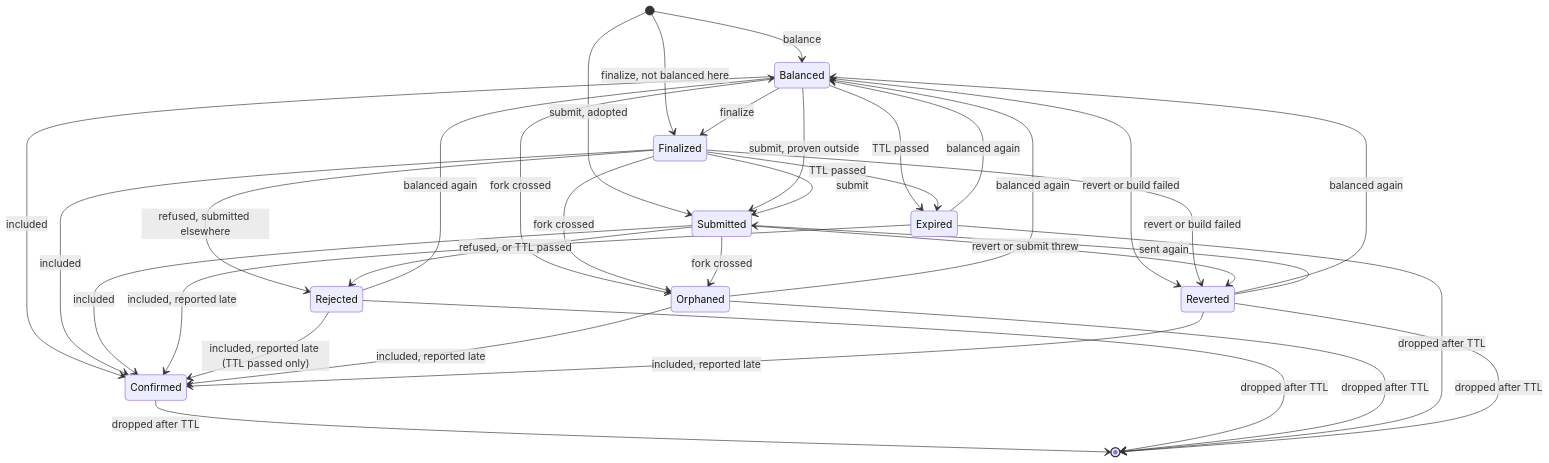
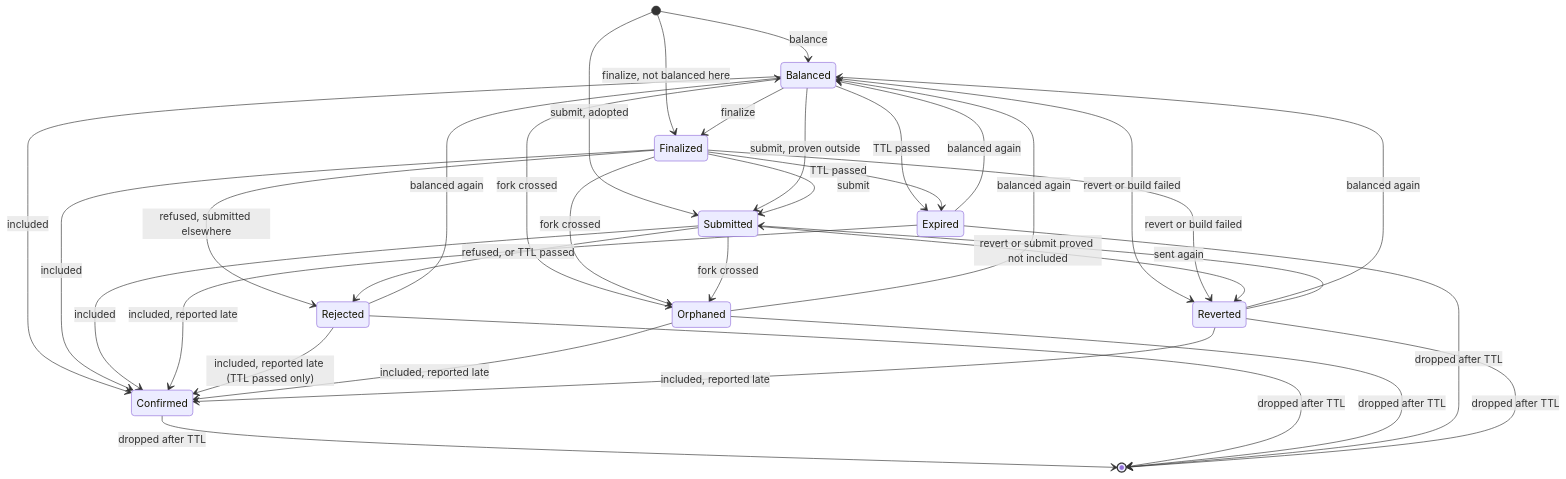
Before and after one commit to midnightntwrk/midnight-wallet: the diagram in docs/decisions/0011-one-lifecycle-record-per-transaction.md, drawn with Mermaid. The commit also changed other lines of this file and 22 other files, not shown here.

````diff
--- a/docs/decisions/0011-one-lifecycle-record-per-transaction.md
+++ b/docs/decisions/0011-one-lifecycle-record-per-transaction.md
@@ -70,36 +70,36 @@
 ```mermaid
 stateDiagram-v2
   [*] --> Balanced: balance
   [*] --> Finalized: finalize, not balanced here
   [*] --> Submitted: submit, adopted
   Balanced --> Finalized: finalize
   Balanced --> Submitted: submit, proven outside
   Finalized --> Submitted: submit
   Balanced --> Confirmed: included
   Finalized --> Confirmed: included
   Submitted --> Confirmed: included
   Finalized --> Rejected: refused, submitted elsewhere
   Submitted --> Rejected: refused, or TTL passed
   Balanced --> Orphaned: fork crossed
   Finalized --> Orphaned: fork crossed
   Submitted --> Orphaned: fork crossed
   Balanced --> Expired: TTL passed
   Finalized --> Expired: TTL passed
   Balanced --> Reverted: revert or build failed
   Finalized --> Reverted: revert or build failed
-  Submitted --> Reverted: revert or submit threw
+  Submitted --> Reverted: revert or submit proved not included
   Rejected --> Balanced: balanced again
   Orphaned --> Balanced: balanced again
   Expired --> Balanced: balanced again
   Reverted --> Balanced: balanced again
   Reverted --> Submitted: sent again
   Expired --> Confirmed: included, reported late
   Rejected --> Confirmed: included, reported late (TTL passed only)
   Orphaned --> Confirmed: included, reported late
   Reverted --> Confirmed: included, reported late
   Confirmed --> [*]: dropped after TTL
   Rejected --> [*]: dropped after TTL
   Orphaned --> [*]: dropped after TTL
   Expired --> [*]: dropped after TTL
   Reverted --> [*]: dropped after TTL
 ```
````
